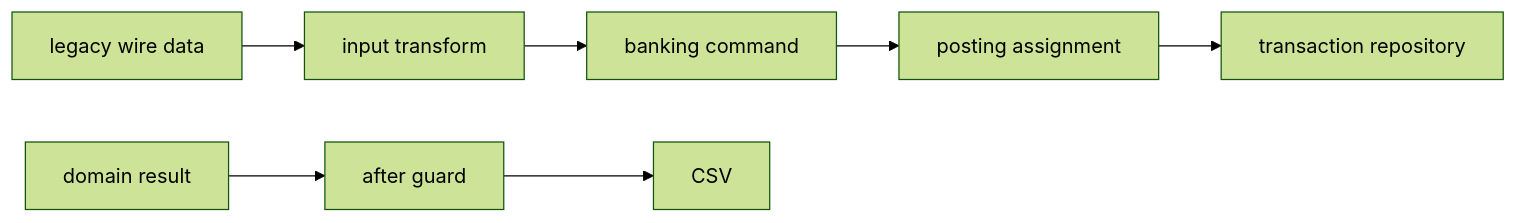
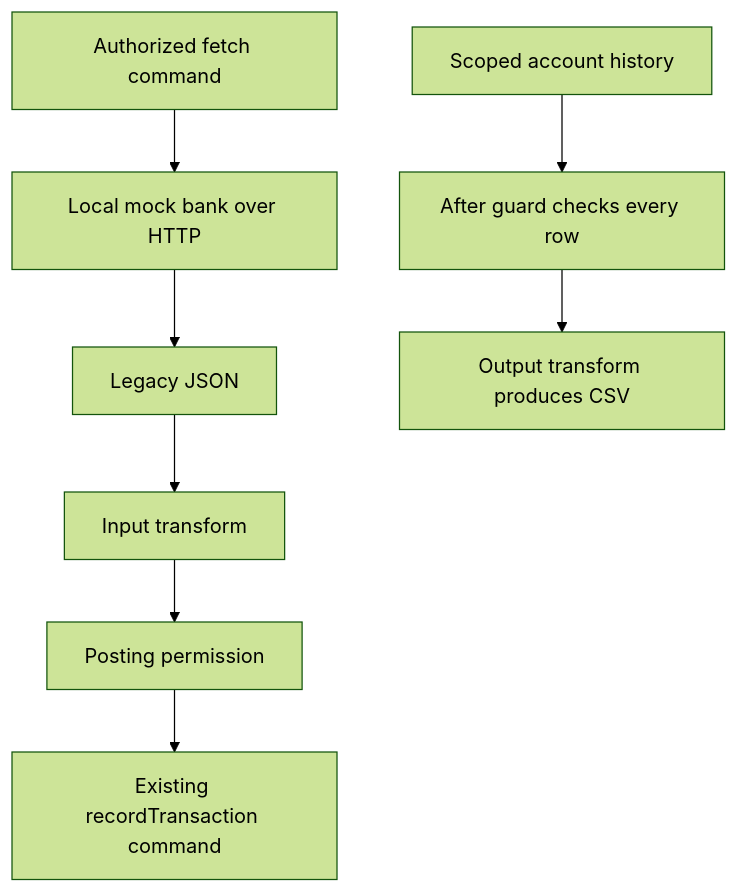
Before and after one commit to puristajs/purista: the diagram in web/src/content/tutorials/banking-integrations/index.mdx, drawn with Mermaid (forest theme). The commit also changed other lines of this file and 39 other files, not shown here.

````diff
--- a/web/src/content/tutorials/banking-integrations/index.mdx
+++ b/web/src/content/tutorials/banking-integrations/index.mdx
@@ -12,6 +16,10 @@
-```mermaid title="The boundary we build"
-flowchart LR
-  Wire[legacy wire data] --> Transform[input transform] --> Domain[banking command]
-  Domain --> Guard[posting assignment] --> Record[transaction repository]
-  Statement[domain result] --> Scope[after guard] --> Csv[CSV]
+```mermaid title="Three responsibilities in the integration"
+flowchart TD
+  Legacy[Legacy JSON] --> Transform[Input transform]
+  Transform --> Guard[Posting permission]
+  Guard --> Record[Existing recordTransaction command]
+  History[Scoped account history] --> Check[After guard checks every row]
+  Check --> CSV[Output transform produces CSV]
+  Fetch[Authorized fetch command] --> Mock[Local mock bank over HTTP]
+  Mock --> Legacy
 ```
````
